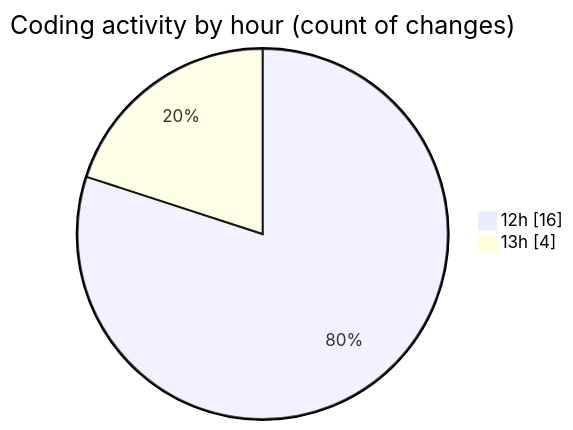
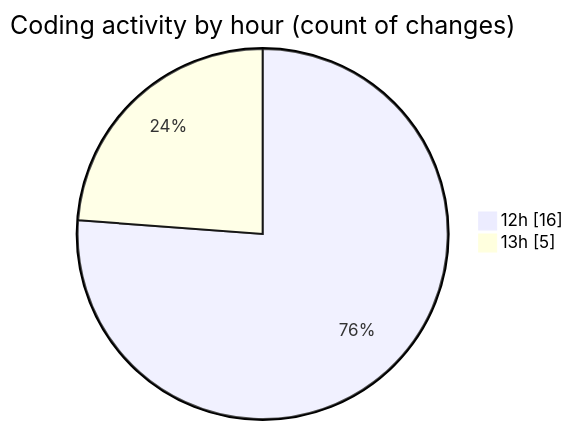
Before and after one commit to nxtqubesakshisongat/code-tracking: the second of 2 diagrams in 2025-11-17/argos/README.md, drawn with Mermaid. The commit also changed other lines of this file and 1 other file, not shown here.

````diff
--- a/2025-11-17/argos/README.md
+++ b/2025-11-17/argos/README.md
@@ -28,6 +30,6 @@
 ```mermaid
 pie showData
 title Coding activity by hour (count of changes)
 "12h" : 16
-"13h" : 4
+"13h" : 5
 ```
````
